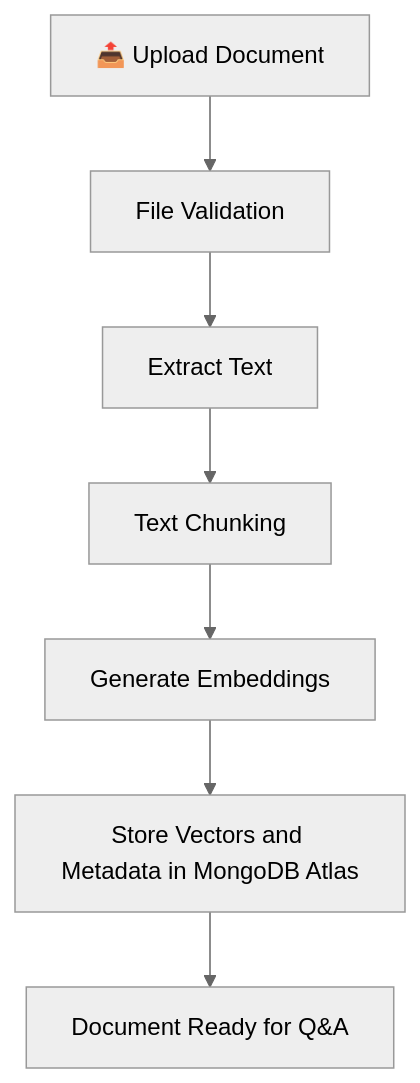
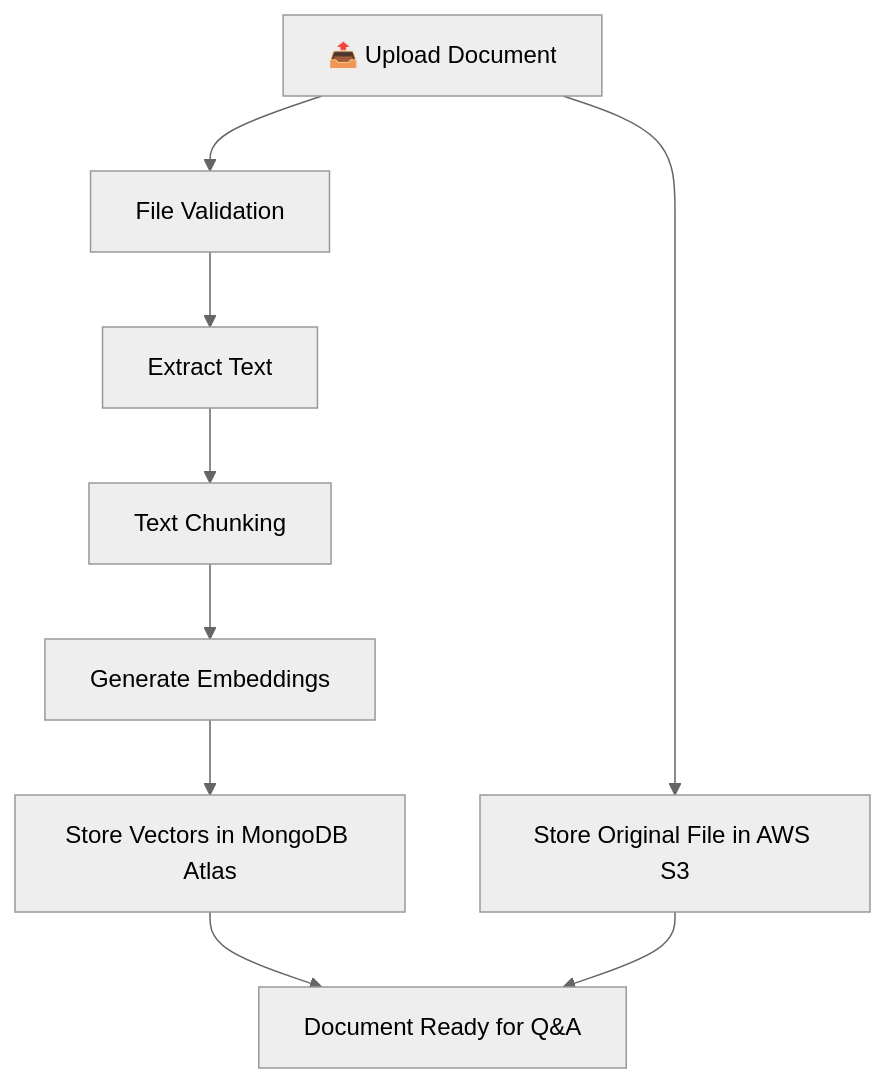
The second of 3 diagrams in README.md (sandeep8764/RAG-AI-Assistant), drawn with Mermaid (neutral theme) before and after one commit. The commit also changed other lines of this file and 1 other file, not shown here.

````diff
--- a/README.md
+++ b/README.md
@@ -98,9 +95,12 @@
 ```mermaid
 flowchart TD
     A["📤 Upload Document"] --> B["File Validation"]
     B --> C["Extract Text"]
     C --> D["Text Chunking"]
     D --> E["Generate Embeddings"]
-    E --> F["Store Vectors and Metadata in MongoDB Atlas"]
-    F --> G["Document Ready for Q&A"]
+    E --> F["Store Vectors in MongoDB Atlas"]
+    A --> G["Store Original File in AWS S3"]
+
+    F --> H["Document Ready for Q&A"]
+    G --> H
 ```
````
